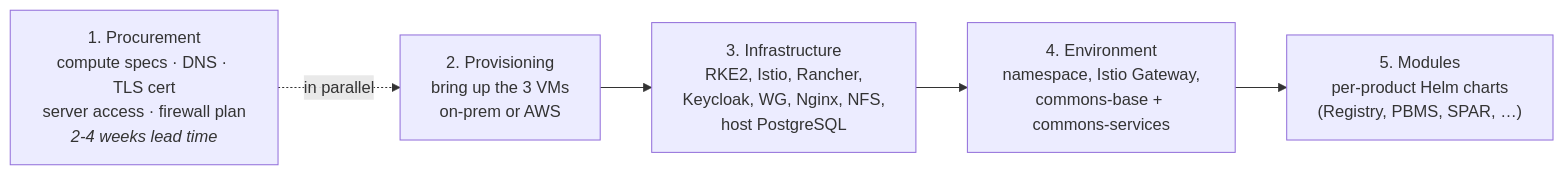
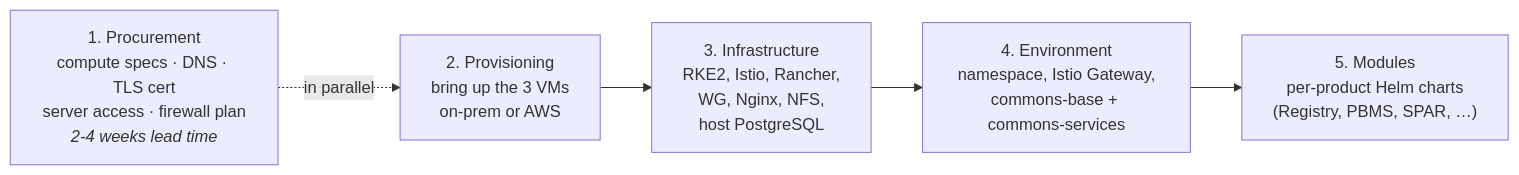
One commit to OpenG2P/openg2p-documentation changed the diagram in operations/deployment/infrastructure-setup/README.md. Above: the diagram before and after it, drawn with Mermaid. The commit also changed other lines of this file and 4 other files, not shown here.

````diff
--- a/operations/deployment/infrastructure-setup/README.md
+++ b/operations/deployment/infrastructure-setup/README.md
@@ -22,11 +22,11 @@
 ```mermaid
 flowchart LR
     S1["1. Procurement<br/>compute specs · DNS · TLS cert<br/>server access · firewall plan<br/><i>2-4 weeks lead time</i>"]
     S2["2. Provisioning<br/>bring up the 3 VMs<br/>on-prem or AWS"]
-    S3["3. Infrastructure<br/>RKE2, Istio, Rancher,<br/>Keycloak, WG, Nginx, NFS,<br/>host PostgreSQL"]
+    S3["3. Infrastructure<br/>RKE2, Istio, Rancher,<br/>WG, Nginx, NFS,<br/>host PostgreSQL"]
     S4["4. Environment<br/>namespace, Istio Gateway,<br/>commons-base + commons-services"]
     S5["5. Modules<br/>per-product Helm charts<br/>(Registry, PBMS, SPAR, …)"]
 
     S1 -. "in parallel" .-> S2
     S2 --> S3 --> S4 --> S5
 ```
````
